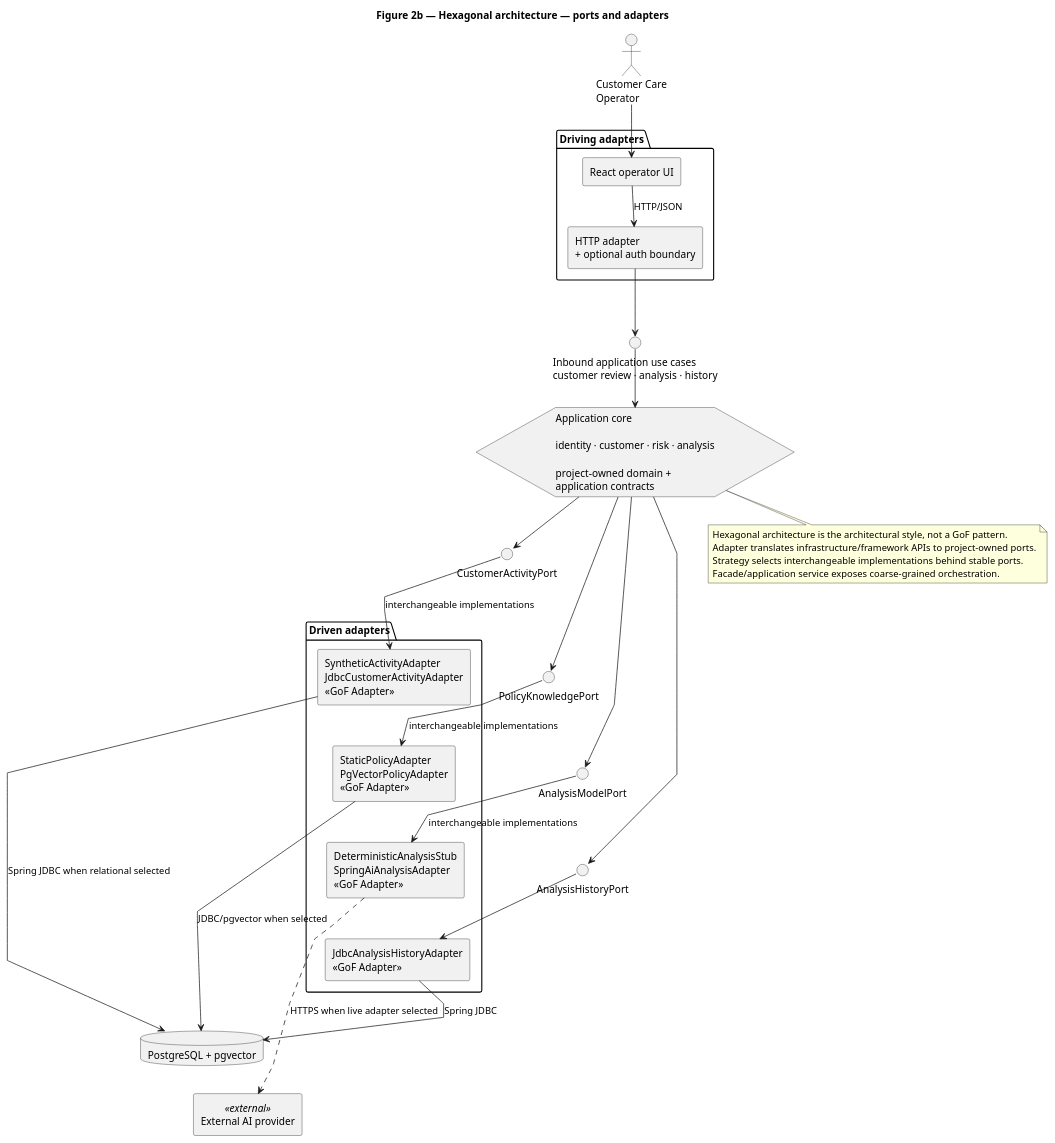
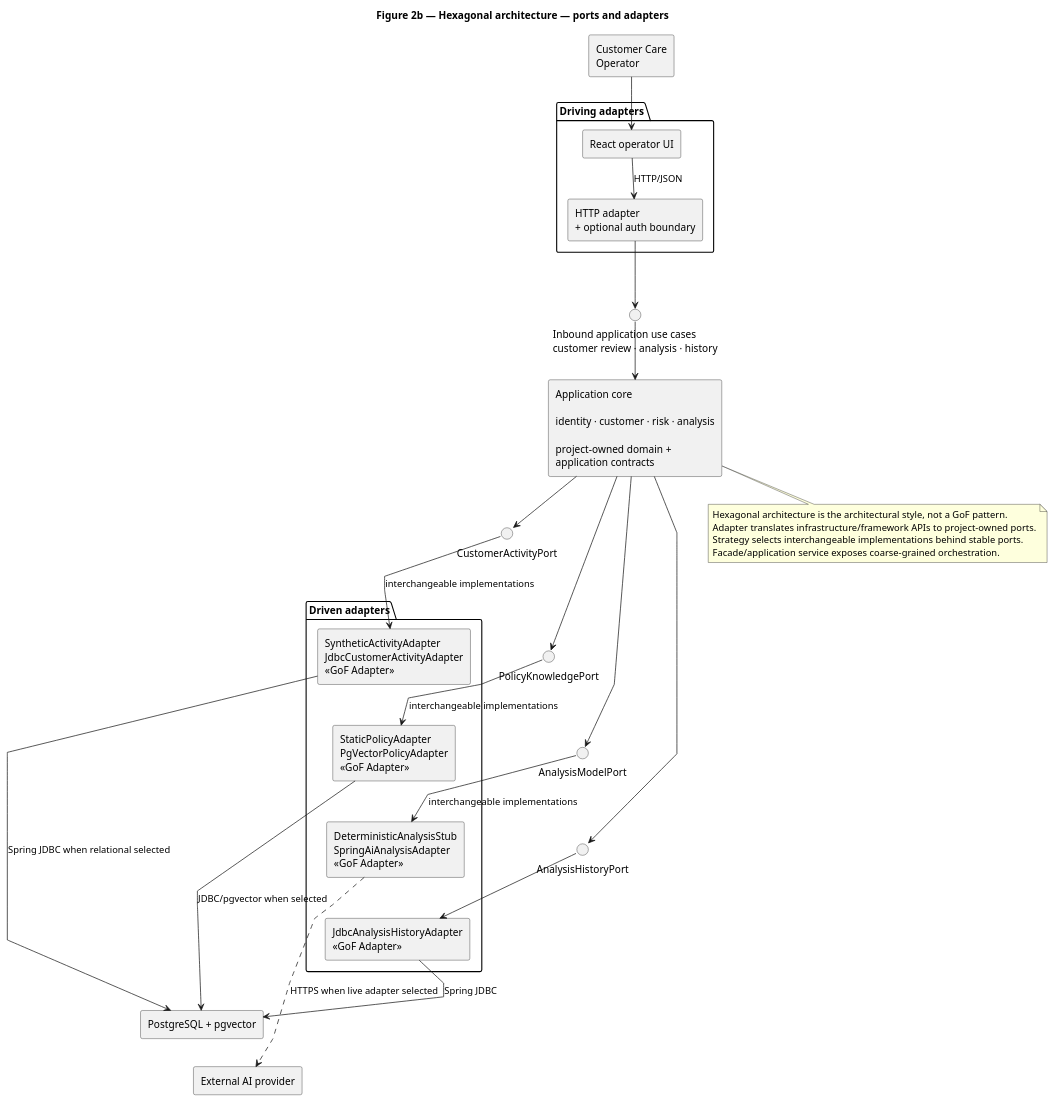
The diagram in docs/assignment/SDD/diagrams/hexagonal-architecture.puml (jdoe-dev-159753/specgraph-reference-app), drawn with PlantUML before and after one commit.

Commit message:
docs: simplify architecture diagram shapes

```diff
--- a/docs/assignment/SDD/diagrams/hexagonal-architecture.puml
+++ b/docs/assignment/SDD/diagrams/hexagonal-architecture.puml
@@ -1,70 +1,70 @@
 @startuml
 title Figure 2b — Hexagonal architecture — ports and adapters
 top to bottom direction
 skinparam linetype polyline
 skinparam componentStyle rectangle
 skinparam nodesep 28
 skinparam ranksep 38
 
-actor "Customer Care\nOperator" as Operator
+rectangle "Customer Care\nOperator" as Operator
 
 package "Driving adapters" {
   component "React operator UI" as UI
   component "HTTP adapter\n+ optional auth boundary" as Http
   UI -[hidden]down-> Http
 }
 
 interface "Inbound application use cases\ncustomer review · analysis · history" as Inbound
-hexagon "Application core\n\nidentity · customer · risk · analysis\n\nproject-owned domain +\napplication contracts" as Core
+rectangle "Application core\n\nidentity · customer · risk · analysis\n\nproject-owned domain +\napplication contracts" as Core
 
 interface "CustomerActivityPort" as ActivityPort
 interface "PolicyKnowledgePort" as PolicyPort
 interface "AnalysisModelPort" as ModelPort
 interface "AnalysisHistoryPort" as HistoryPort
 
 ActivityPort -[hidden]down-> PolicyPort
 PolicyPort -[hidden]down-> ModelPort
 ModelPort -[hidden]down-> HistoryPort
 
 package "Driven adapters" {
   component "SyntheticActivityAdapter\nJdbcCustomerActivityAdapter\n<<GoF Adapter>>" as ActivityAdapters
   component "StaticPolicyAdapter\nPgVectorPolicyAdapter\n<<GoF Adapter>>" as PolicyAdapters
   component "DeterministicAnalysisStub\nSpringAiAnalysisAdapter\n<<GoF Adapter>>" as ModelAdapters
   component "JdbcAnalysisHistoryAdapter\n<<GoF Adapter>>" as HistoryAdapter
 
   ActivityAdapters -[hidden]down-> PolicyAdapters
   PolicyAdapters -[hidden]down-> ModelAdapters
   ModelAdapters -[hidden]down-> HistoryAdapter
 }
 
-database "PostgreSQL + pgvector" as DB
-component "External AI provider" as Provider <<external>>
+rectangle "PostgreSQL + pgvector" as DB
+rectangle "External AI provider" as Provider
 DB -[hidden]down-> Provider
 
 Operator --> UI
 UI --> Http : HTTP/JSON
 Http --> Inbound
 Inbound --> Core
 
 Core --> ActivityPort
 Core --> PolicyPort
 Core --> ModelPort
 Core --> HistoryPort
 
 ActivityPort --> ActivityAdapters : interchangeable implementations
 PolicyPort --> PolicyAdapters : interchangeable implementations
 ModelPort --> ModelAdapters : interchangeable implementations
 HistoryPort --> HistoryAdapter
 
 ActivityAdapters --> DB : Spring JDBC when relational selected
 PolicyAdapters --> DB : JDBC/pgvector when selected
 HistoryAdapter --> DB : Spring JDBC
 ModelAdapters ..> Provider : HTTPS when live adapter selected
 
 note bottom of Core
   Hexagonal architecture is the architectural style, not a GoF pattern.
   Adapter translates infrastructure/framework APIs to project-owned ports.
   Strategy selects interchangeable implementations behind stable ports.
   Facade/application service exposes coarse-grained orchestration.
 end note
 @enduml
```
